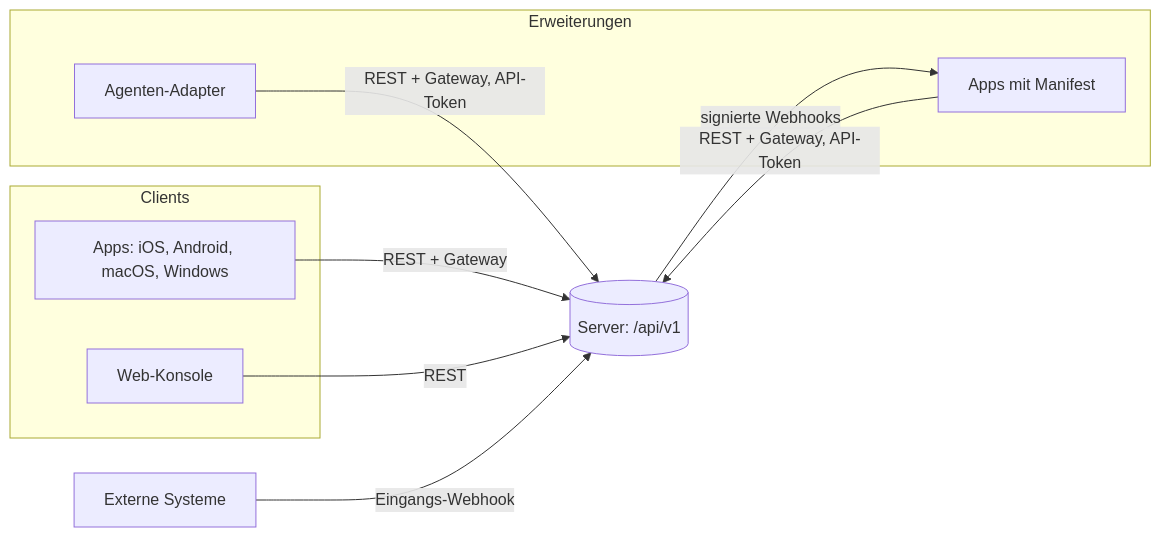
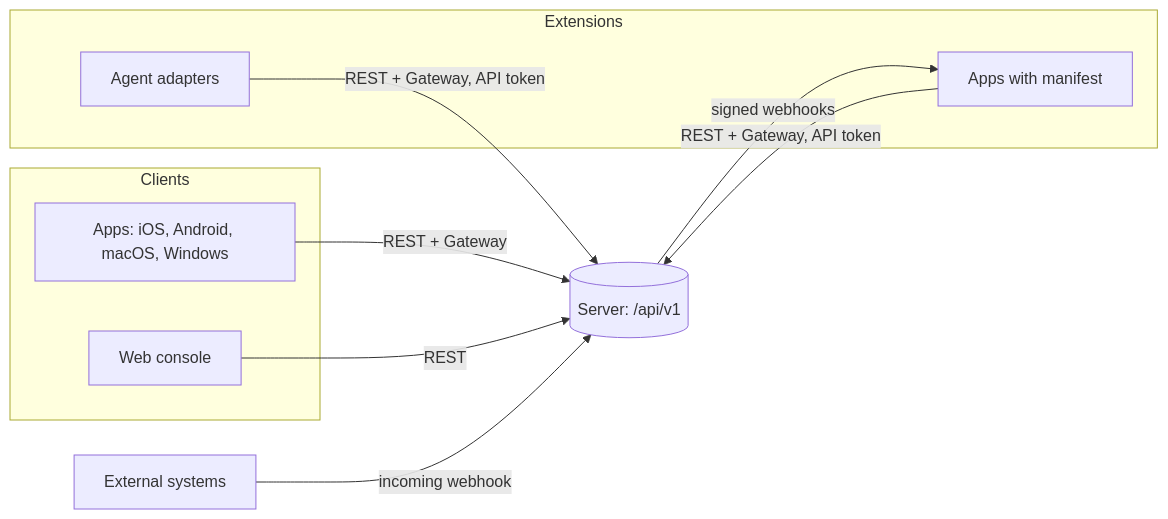
Before and after one commit to mguttmann/bothy: the first of 3 diagrams in docs/spec/06-api.md, drawn with Mermaid. The commit also changed other lines of this file and 73 other files, not shown here.

````diff
--- a/docs/spec/06-api.md
+++ b/docs/spec/06-api.md
@@ -19,19 +19,19 @@
 ```mermaid
 flowchart LR
     subgraph Clients
         A[Apps: iOS, Android, macOS, Windows]
-        K[Web-Konsole]
+        K[Web console]
     end
-    subgraph Erweiterungen
-        AD[Agenten-Adapter]
-        AP[Apps mit Manifest]
+    subgraph Extensions
+        AD[Agent adapters]
+        AP[Apps with manifest]
     end
-    EX[Externe Systeme]
+    EX[External systems]
     S[(Server: /api/v1)]
     A -- REST + Gateway --> S
     K -- REST --> S
-    AD -- REST + Gateway, API-Token --> S
-    AP -- REST + Gateway, API-Token --> S
-    S -- signierte Webhooks --> AP
-    EX -- Eingangs-Webhook --> S
+    AD -- REST + Gateway, API token --> S
+    AP -- REST + Gateway, API token --> S
+    S -- signed webhooks --> AP
+    EX -- incoming webhook --> S
 ```
````
